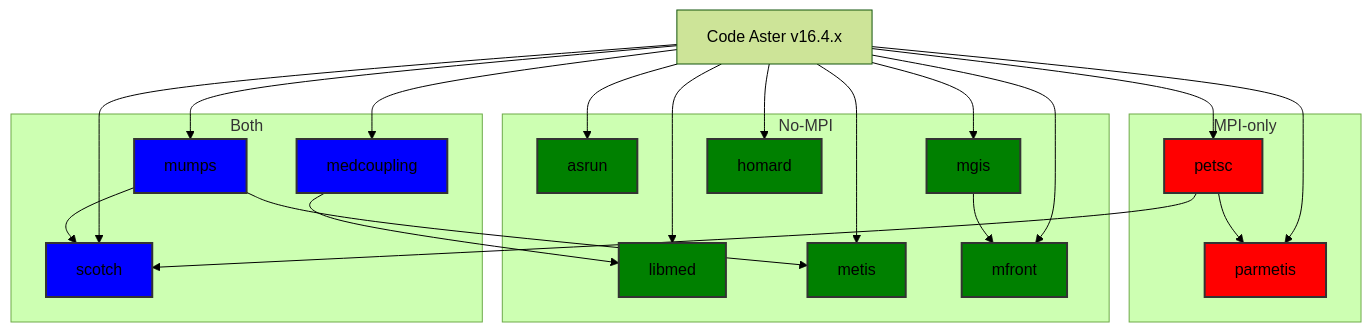
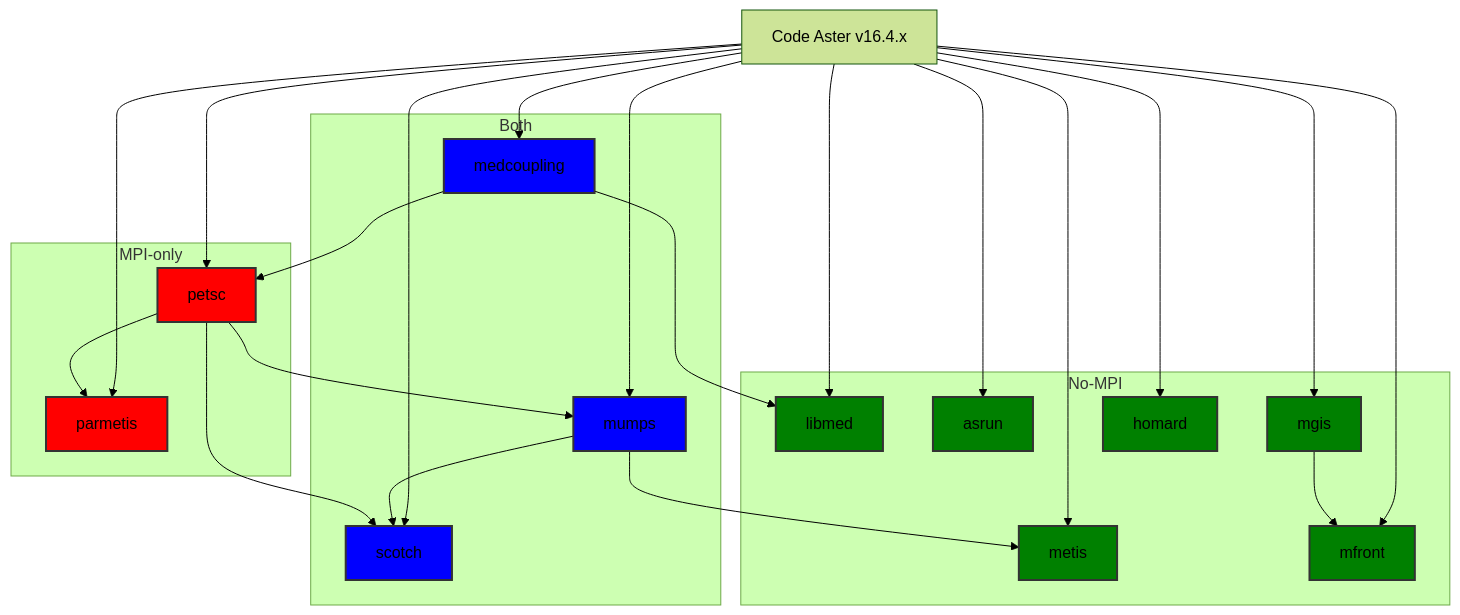
One commit to Krande/condapackaging changed the second of 2 diagrams in src/code_aster/README.md. Above: the diagram before and after it, drawn with Mermaid (forest theme). The commit also changed other lines of this file, not shown here.

`````diff
--- a/src/code_aster/README.md
+++ b/src/code_aster/README.md
@@ -97,59 +99,62 @@
 ````mermaid
+
 flowchart TD;
   
   classDef mpi fill:#f00,stroke:#333,stroke-width:2px;
   classDef nompi fill:#008000,stroke:#333,stroke-width:2px;
   classDef both fill:#00f,stroke:#333,stroke-width:2px;
 
   subgraph "No-MPI"
     C[libmed]
     F[asrun]
     I[mgis]
     G[metis]
     B[mfront]
     J[homard]
   end
 
   subgraph "MPI-only"   
     L[parmetis]
     K[petsc]
   end
   
   subgraph "Both"
     D[scotch]
     H[mumps]
     E[medcoupling]
   end
 
   A[Code Aster v16.4.x]
   
   A --> B
   A --> C
   A --> D
   A --> E
   A --> F
   A --> G
   A --> H
   A --> I
   A --> J
   A --> K
   A --> L
   
   I --> B
   H --> G
   H --> D
   E --> C
+  E --> K
   K --> L
   K --> D
+  K --> H
 
   %% MPI Nodes
   class K,L mpi;
   
   %% NOMPI Nodes
   class B,C,F,I,J,G nompi;
 
   %% Both MPI and NOMPI
   class D,H,E both;
 
 
 ````
`````
